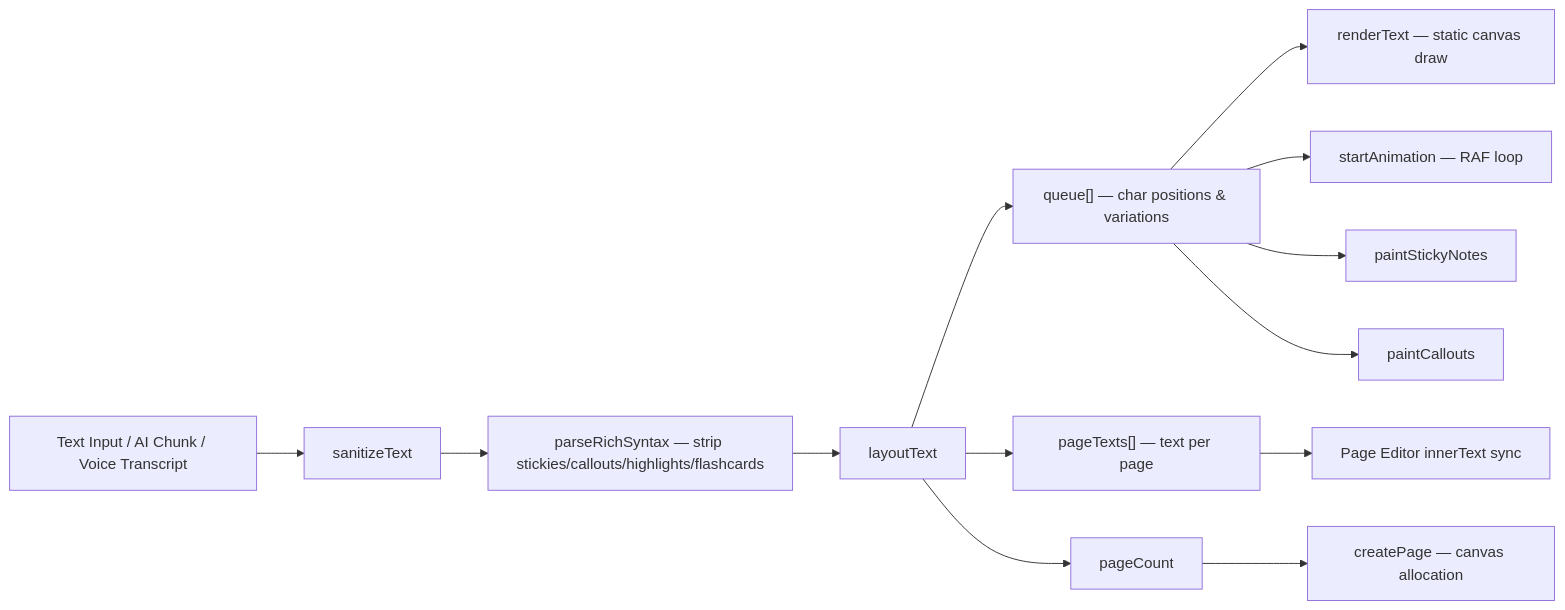
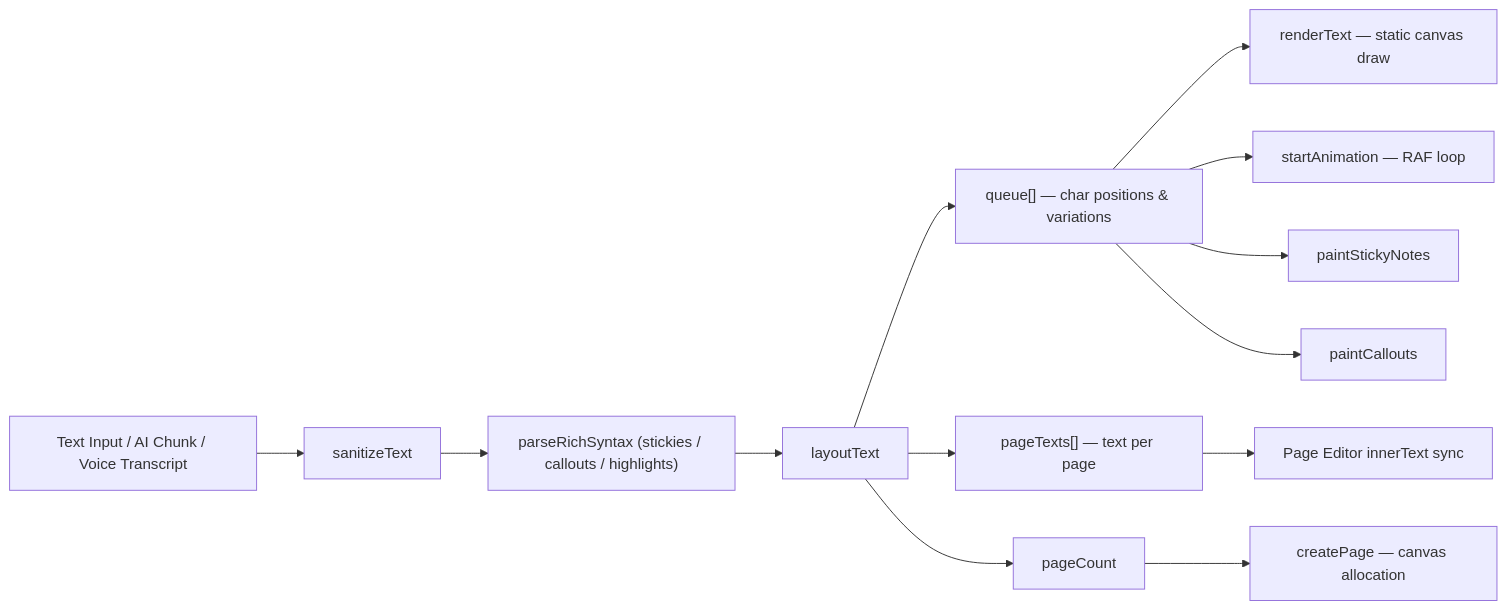
Before and after one commit to VIPHACKER100/Inkflow: the second of 2 diagrams in docs/system-architecture.md, drawn with Mermaid. The commit also changed other lines of this file and 21 other files, not shown here.

````diff
--- a/docs/system-architecture.md
+++ b/docs/system-architecture.md
@@ -106,16 +110,16 @@
 ```mermaid
 graph LR
-    INPUT[Text Input / AI Chunk / Voice Transcript] --> SANITIZE[sanitizeText]
-    SANITIZE --> RICH[parseRichSyntax — strip stickies/callouts/highlights/flashcards]
-    RICH --> LAYOUT[layoutText]
+    INPUT["Text Input / AI Chunk / Voice Transcript"] --> SANITIZE["sanitizeText"]
+    SANITIZE --> RICH["parseRichSyntax (stickies / callouts / highlights)"]
+    RICH --> LAYOUT["layoutText"]
     LAYOUT --> QUEUE["queue[] — char positions & variations"]
     LAYOUT --> PAGETEXTS["pageTexts[] — text per page"]
-    LAYOUT --> PAGECOUNT[pageCount]
+    LAYOUT --> PAGECOUNT["pageCount"]
 
-    QUEUE --> STATIC[renderText — static canvas draw]
-    QUEUE --> ANIM[startAnimation — RAF loop]
-    QUEUE --> STICKY[paintStickyNotes]
-    QUEUE --> CALLOUT[paintCallouts]
-    PAGETEXTS --> EDITORS[Page Editor innerText sync]
-    PAGECOUNT --> PAGES[createPage — canvas allocation]
+    QUEUE --> STATIC["renderText — static canvas draw"]
+    QUEUE --> ANIM["startAnimation — RAF loop"]
+    QUEUE --> STICKY["paintStickyNotes"]
+    QUEUE --> CALLOUT["paintCallouts"]
+    PAGETEXTS --> EDITORS["Page Editor innerText sync"]
+    PAGECOUNT --> PAGES["createPage — canvas allocation"]
 ```
````
